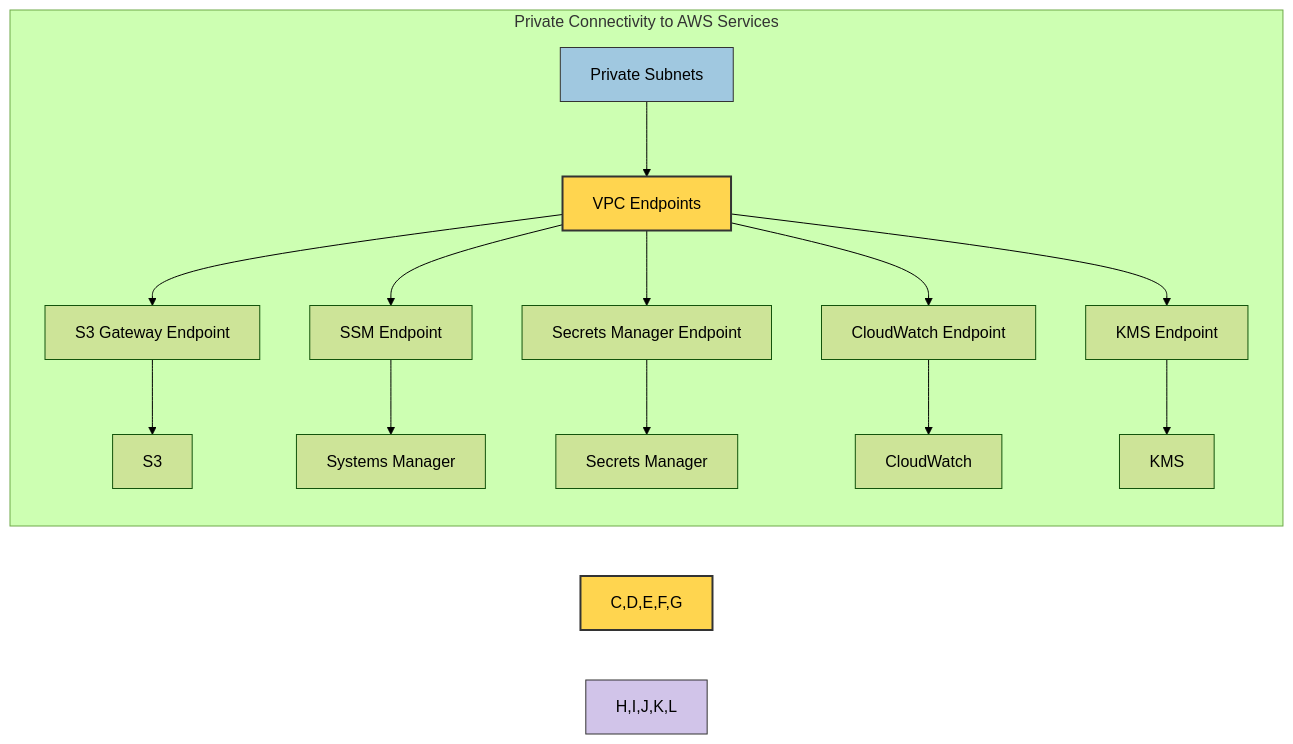
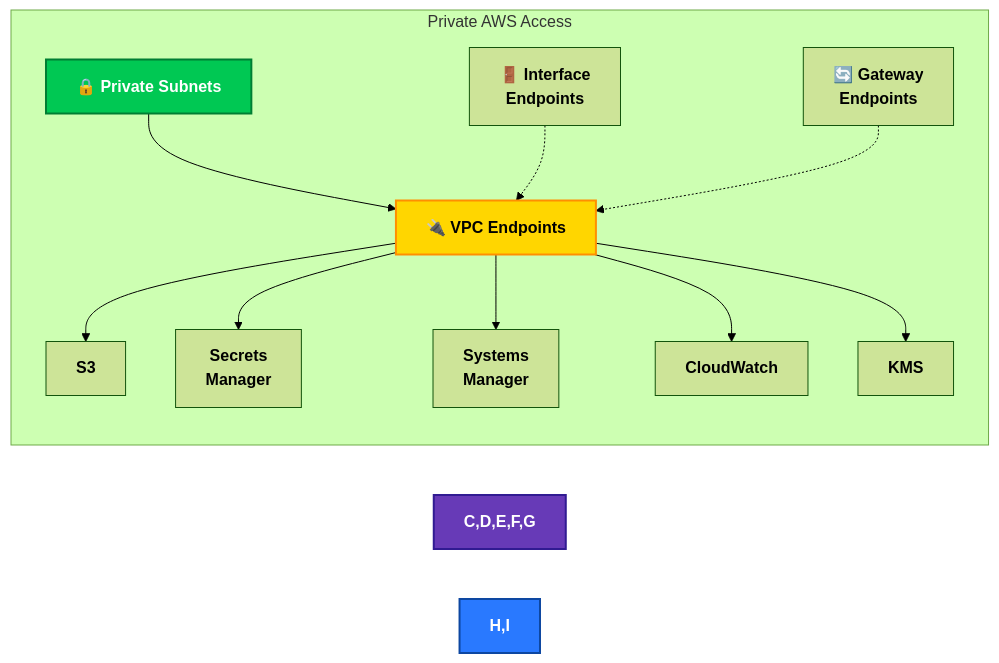
Before and after one commit to Hack23/cia: the sixth of 15 diagrams in SECURITY_ARCHITECTURE.md, drawn with Mermaid (forest theme). The commit also changed other lines of this file, not shown here.

````diff
--- a/SECURITY_ARCHITECTURE.md
+++ b/SECURITY_ARCHITECTURE.md
@@ -462,23 +462,21 @@
 ```mermaid
 flowchart LR
-    subgraph "Private Connectivity to AWS Services"
-        A[Private Subnets] --> B[VPC Endpoints]
+    subgraph "Private AWS Access"
+        A[🔒 Private Subnets] --> B[🔌 VPC Endpoints]
         
-        B --> C[S3 Gateway Endpoint]
-        B --> D[SSM Endpoint]
-        B --> E[Secrets Manager Endpoint]
-        B --> F[CloudWatch Endpoint]
-        B --> G[KMS Endpoint]
+        B --> C[S3]
+        B --> D[Secrets<br>Manager]
+        B --> E[Systems<br>Manager]
+        B --> F[CloudWatch]
+        B --> G[KMS]
         
-        C --> H[S3]
-        D --> I[Systems Manager]
-        E --> J[Secrets Manager]
-        F --> K[CloudWatch]
-        G --> L[KMS]
+        H[🚪 Interface<br>Endpoints] -.-> B
+        I[🔄 Gateway<br>Endpoints] -.-> B
     end
     
-    style A fill:#a0c8e0,stroke:#333,stroke-width:1px
-    style B fill:#ffd54f,stroke:#333,stroke-width:2px
-    style C,D,E,F,G fill:#ffd54f,stroke:#333,stroke-width:2px
-    style H,I,J,K,L fill:#d1c4e9,stroke:#333,stroke-width:1px
+    style A fill:#00C853,stroke:#007E33,stroke-width:2px,color:white,font-weight:bold
+    style B fill:#FFD600,stroke:#FF8F00,stroke-width:2px,color:black,font-weight:bold
+    style C,D,E,F,G fill:#673AB7,stroke:#311B92,stroke-width:2px,color:white,font-weight:bold
+    style H,I fill:#2979FF,stroke:#0D47A1,stroke-width:2px,color:white,font-weight:bold
+    classDef default font-weight:bold
 ```
````
